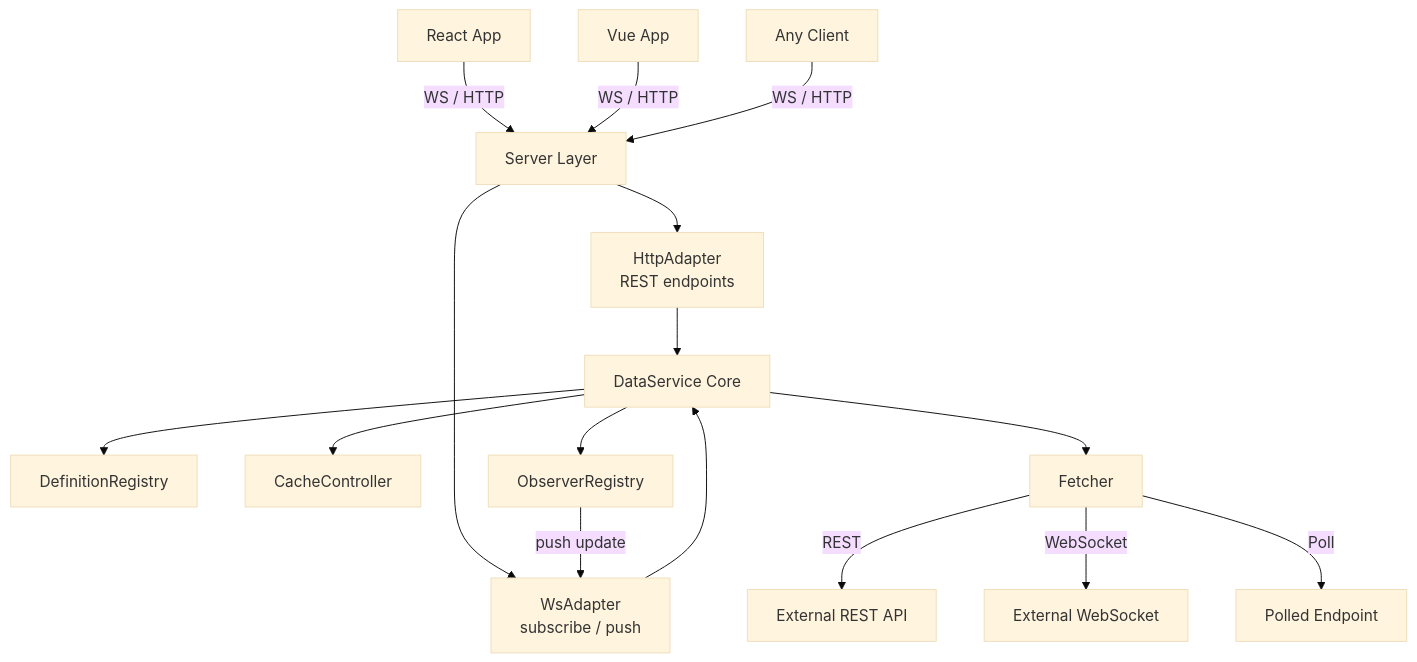
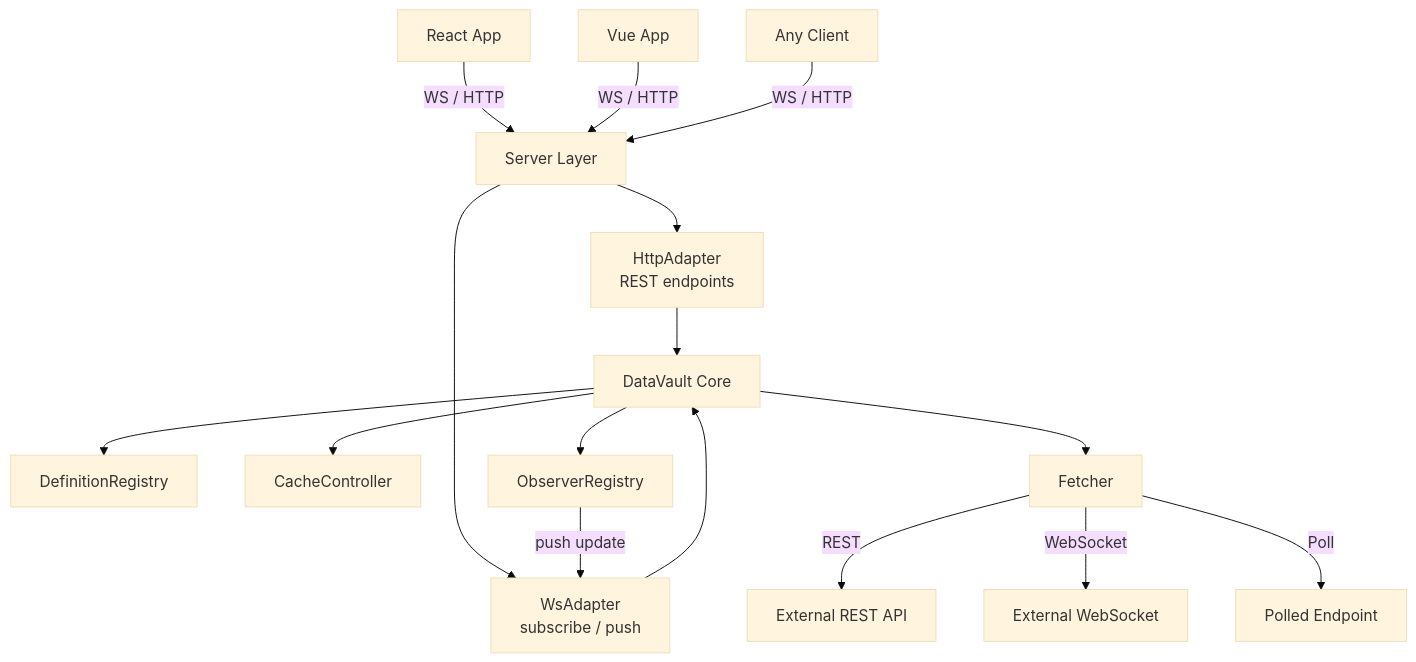
Before and after one commit to BanditIntInc/DataVault: the second of 6 diagrams in wiki/Architecture.md, drawn with Mermaid (base theme). The commit also changed other lines of this file and 23 other files, not shown here.

Commit message:
refactor: rename DataService → DataVault throughout

````diff
--- a/wiki/Architecture.md
+++ b/wiki/Architecture.md
@@ -26,23 +26,23 @@
 ```mermaid
 graph TD
     A1[React App] -->|WS / HTTP| SRV[Server Layer]
     A2[Vue App] -->|WS / HTTP| SRV
     A3[Any Client] -->|WS / HTTP| SRV
 
     SRV --> HTTP[HttpAdapter<br/>REST endpoints]
     SRV --> WS[WsAdapter<br/>subscribe / push]
 
-    HTTP --> DS[DataService Core]
+    HTTP --> DS[DataVault Core]
     WS --> DS
 
     DS --> DR[DefinitionRegistry]
     DS --> CC[CacheController]
     DS --> OR[ObserverRegistry]
     DS --> FE[Fetcher]
 
     FE -->|REST| R[External REST API]
     FE -->|WebSocket| W[External WebSocket]
     FE -->|Poll| P[Polled Endpoint]
 
     OR -->|push update| WS
 ```
````
